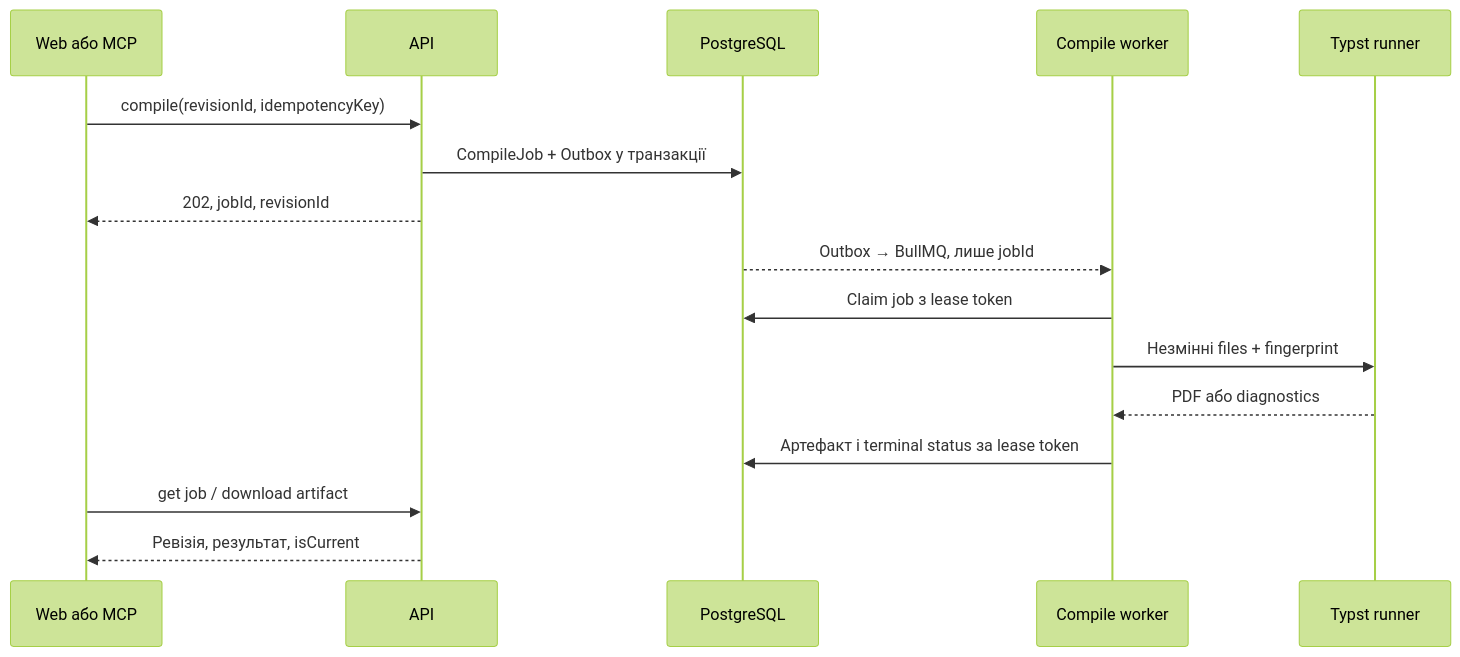
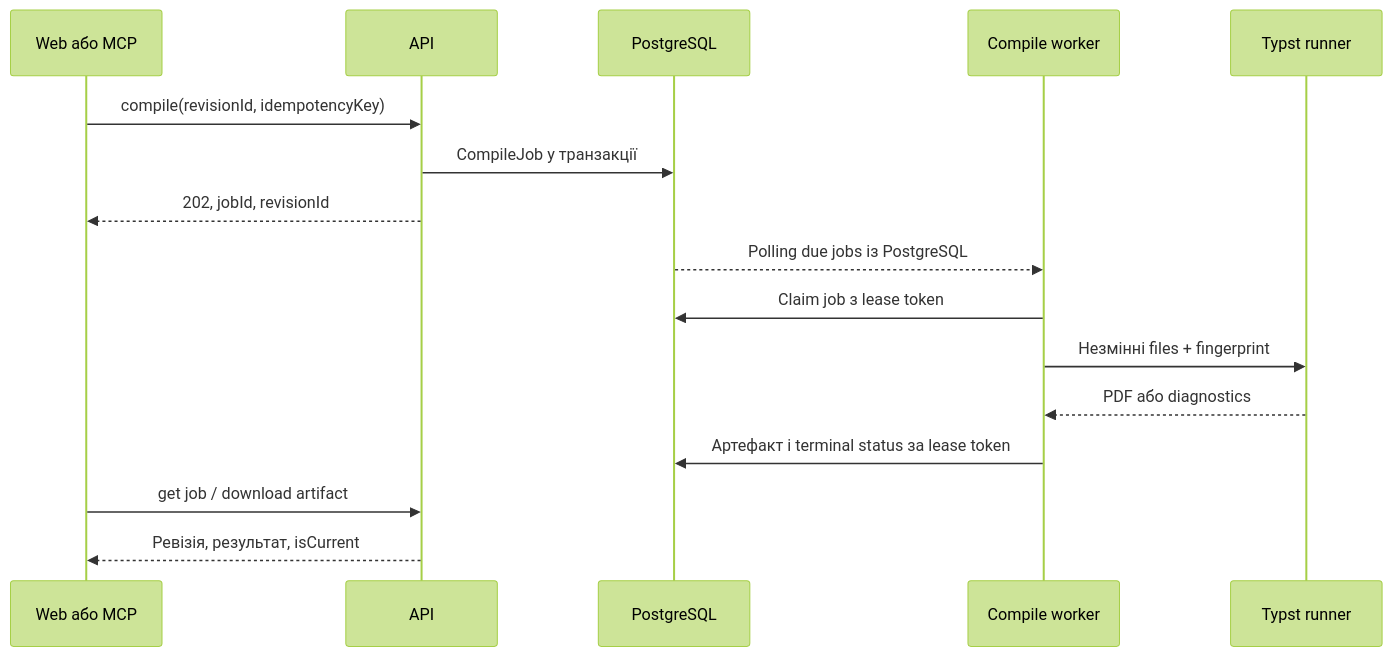
One commit to Typstoria/backend changed the diagram in docs/backend/04-workflows.md. Above: the diagram before and after it, drawn with Mermaid (forest theme). The commit also changed other lines of this file and 125 other files, not shown here.

````diff
--- a/docs/backend/04-workflows.md
+++ b/docs/backend/04-workflows.md
@@ -15,18 +15,18 @@
 ```mermaid
 sequenceDiagram
   participant C as Web або MCP
   participant A as API
   participant D as PostgreSQL
   participant W as Compile worker
   participant R as Typst runner
   C->>A: compile(revisionId, idempotencyKey)
-  A->>D: CompileJob + Outbox у транзакції
+  A->>D: CompileJob у транзакції
   A-->>C: 202, jobId, revisionId
-  D-->>W: Outbox → BullMQ, лише jobId
+  D-->>W: Polling due jobs із PostgreSQL
   W->>D: Claim job з lease token
   W->>R: Незмінні files + fingerprint
   R-->>W: PDF або diagnostics
   W->>D: Артефакт і terminal status за lease token
   C->>A: get job / download artifact
   A-->>C: Ревізія, результат, isCurrent
 ```
````
